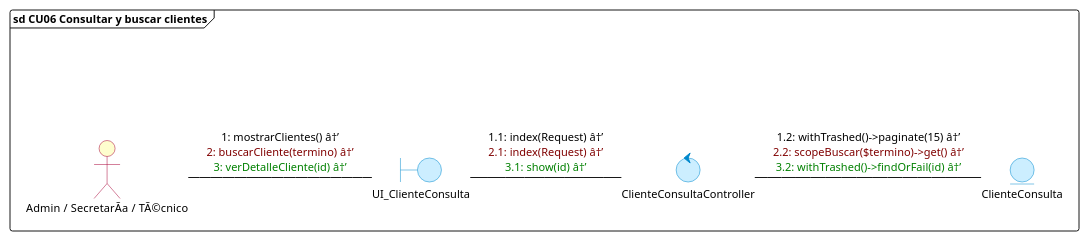
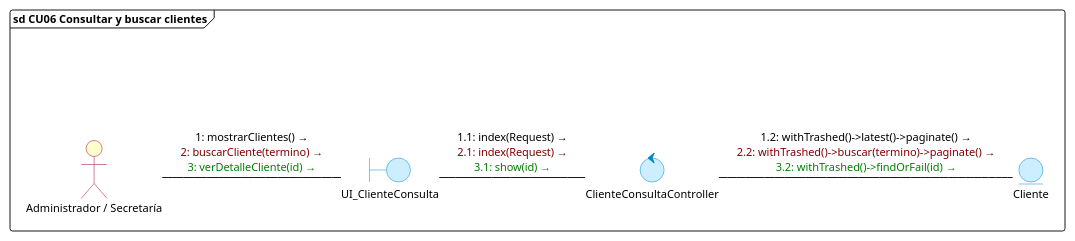
One commit to DiogoMars777/TELCOM-2.0 changed the sixth of 17 diagrams in diagramas/comunicacion/diagramas_comunicacion_todos_cu.puml. Above: the diagram before and after it, drawn with PlantUML. The commit also changed other lines of this file and 16 other files, not shown here.

Commit message:
docs: actualizar diagramas de comunicacion CU01 al CU17 con modelos y tablas canonicas de BD

```diff
--- a/diagramas/comunicacion/diagramas_comunicacion_todos_cu.puml
+++ b/diagramas/comunicacion/diagramas_comunicacion_todos_cu.puml
@@ -166,31 +179,31 @@
 @startuml cu06_consultar_buscar_clientes
 skinparam backgroundColor white
 skinparam defaultFontName "Segoe UI"
 skinparam defaultFontSize 11
 skinparam interfaceBackgroundColor transparent
 skinparam interfaceBorderColor transparent
 skinparam actorBackgroundColor #FEFECE
 skinparam actorBorderColor #A80036
 skinparam boundaryBackgroundColor #CCEEFF
 skinparam boundaryBorderColor #0088CC
 skinparam controlBackgroundColor #CCEEFF
 skinparam controlBorderColor #0088CC
 skinparam entityBackgroundColor #CCEEFF
 skinparam entityBorderColor #0088CC
 
 frame "sd CU06 Consultar y buscar clientes" {
     () " " as spacer
-    actor "Admin / SecretarÃ­a / TÃ©cnico" as Admin
+    actor "Administrador / Secretaría" as Admin
     boundary UI_ClienteConsulta
     control ClienteConsultaController
-    entity ClienteConsulta
+    entity Cliente
 
     spacer -[hidden]down- Admin
 
-    Admin -right- UI_ClienteConsulta : <font color=#000000>1: mostrarClientes() â†’</font>\n<font color=#800000>2: buscarCliente(termino) â†’</font>\n<font color=#008000>3: verDetalleCliente(id) â†’</font>
+    Admin -right- UI_ClienteConsulta : <font color=#000000>1: mostrarClientes() →</font>\n<font color=#800000>2: buscarCliente(termino) →</font>\n<font color=#008000>3: verDetalleCliente(id) →</font>
 
-    UI_ClienteConsulta -right- ClienteConsultaController : <font color=#000000>1.1: index(Request) â†’</font>\n<font color=#800000>2.1: index(Request) â†’</font>\n<font color=#008000>3.1: show(id) â†’</font>
+    UI_ClienteConsulta -right- ClienteConsultaController : <font color=#000000>1.1: index(Request) →</font>\n<font color=#800000>2.1: index(Request) →</font>\n<font color=#008000>3.1: show(id) →</font>
 
-    ClienteConsultaController -right- ClienteConsulta : <font color=#000000>1.2: withTrashed()->paginate(15) â†’</font>\n<font color=#800000>2.2: scopeBuscar($termino)->get() â†’</font>\n<font color=#008000>3.2: withTrashed()->findOrFail(id) â†’</font>
+    ClienteConsultaController -right- Cliente : <font color=#000000>1.2: withTrashed()->latest()->paginate() →</font>\n<font color=#800000>2.2: withTrashed()->buscar(termino)->paginate() →</font>\n<font color=#008000>3.2: withTrashed()->findOrFail(id) →</font>
 }
 @enduml
```
